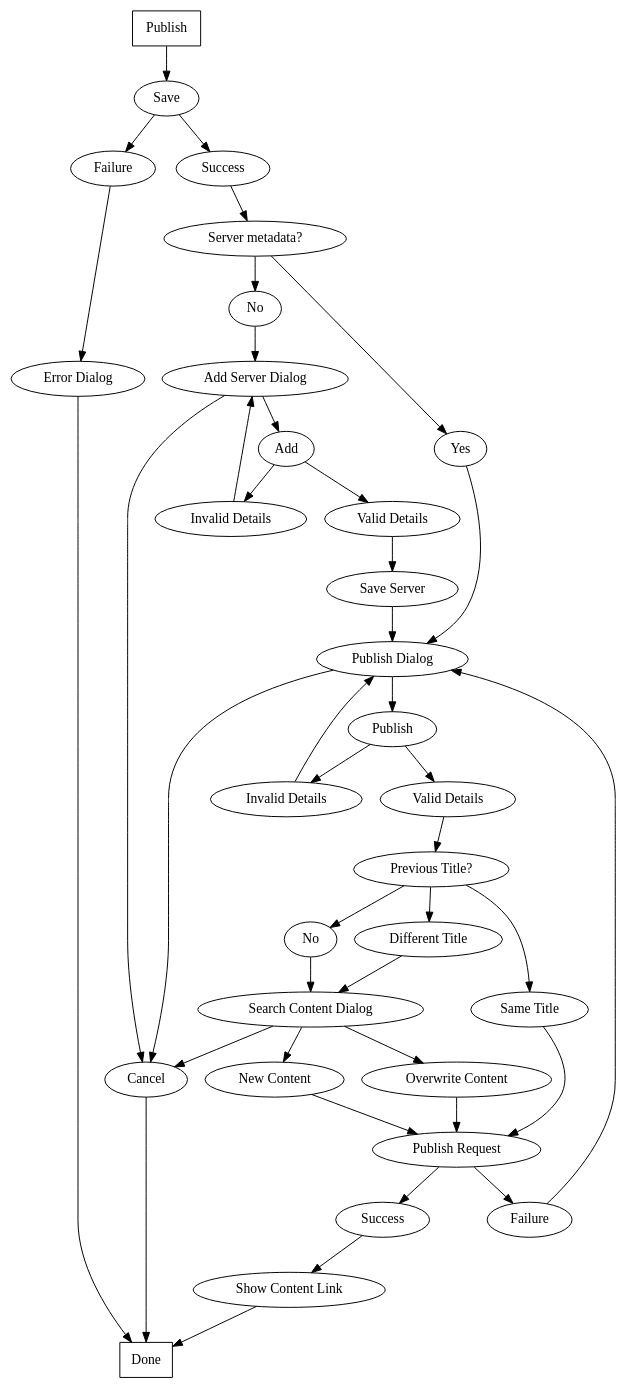
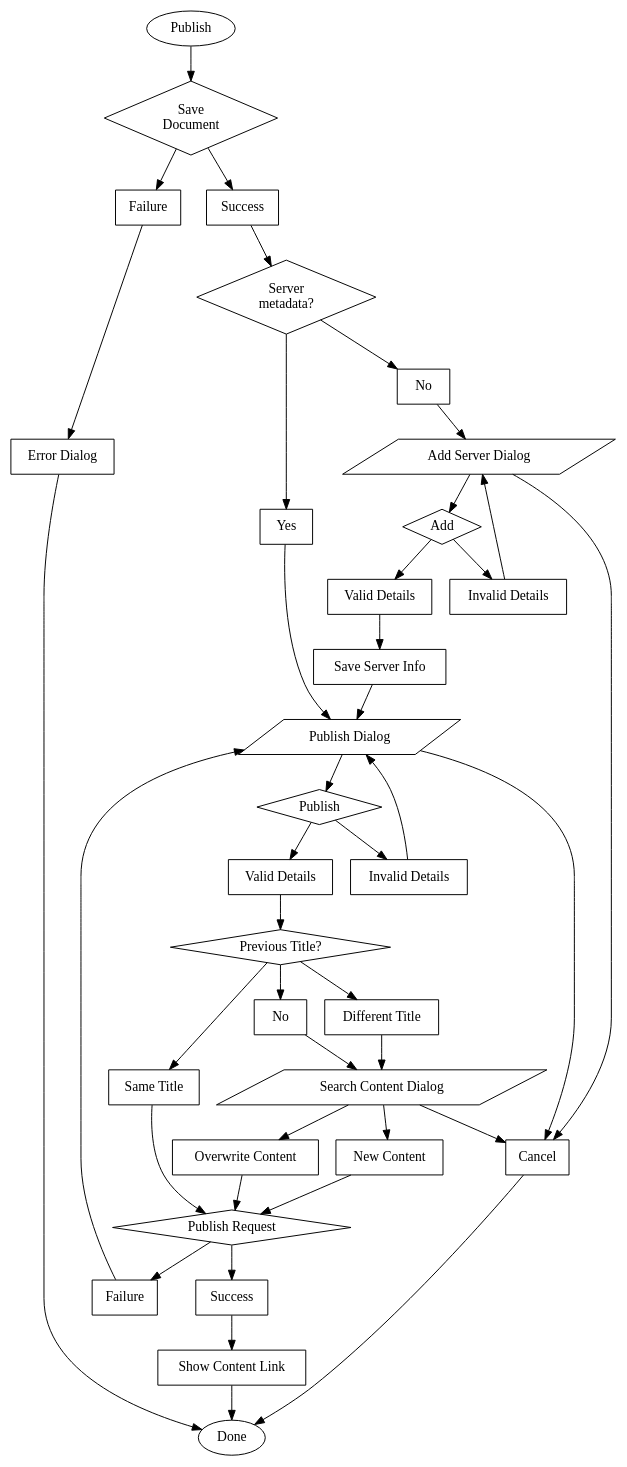
One commit to rstudio/rsconnect-jupyter changed the diagram in docs/state.dot. Above: the diagram before and after it, drawn with Graphviz. The commit also changed 1 other file, not shown here.

```diff
--- a/docs/state.dot
+++ b/docs/state.dot
@@ -1,40 +1,50 @@
 // to generate an image: dot -Tsvg -O state.dot
 // requires grapvhiz
 digraph RSConnectJupyter {
-    Publish -> Save
+    node[shape=box]
+    Publish [shape=oval]
+    Done [shape=oval]
+    "Save\nDocument"[shape=diamond]
+    "Server\nmetadata?"[shape=diamond]
+    "Add Server Dialog"[shape=parallelogram]
+    Add[shape=diamond]
+    "Publish Dialog"[shape=parallelogram]
+    Publish1[shape=diamond]
+    "Previous Title?"[shape=diamond]
+    "Search Content Dialog"[shape=parallelogram]
+    "Publish Request"[shape=diamond]
 
-    Save -> Failure -> "Error Dialog" -> Done
-    Save -> Success
+    Publish -> "Save\nDocument"
 
-    Success -> "Server metadata?" -> {No, Yes}
+    "Save\nDocument" -> Failure -> "Error Dialog" -> Done
+    "Save\nDocument" -> Success
+
+    Success -> "Server\nmetadata?" -> {No, Yes}
     No -> "Add Server Dialog" -> {Cancel, Add}
     Yes -> "Publish Dialog"
     Cancel -> Done
     Add -> {"Invalid Details", "Valid Details"}
     "Invalid Details" -> "Add Server Dialog"
-    "Valid Details" -> "Save Server" -> "Publish Dialog"
+    "Valid Details" -> "Save Server Info" -> "Publish Dialog"
 
     Publish1 [label="Publish"]
     Invalid1 [label="Invalid Details"]
     Valid1 [label="Valid Details"]
     No2 [label="No"]
     "Publish Dialog" -> Cancel
     "Publish Dialog" -> Publish1 -> {Invalid1, Valid1}
     Invalid1 -> "Publish Dialog"
     Valid1 -> "Previous Title?" -> {No2, "Different Title", "Same Title"}
     No2 -> "Search Content Dialog"
     "Same Title" -> "Publish Request"
     "Different Title" -> "Search Content Dialog"
 
     Failure1 [label="Failure"]
     Success1 [label="Success"]
     "Publish Request" -> {Failure1, Success1}
     Failure1 -> "Publish Dialog"
     Success1 -> "Show Content Link" -> Done
 
     "Search Content Dialog" -> {Cancel, "New Content", "Overwrite Content"}
     {"New Content", "Overwrite Content"} -> "Publish Request"
-
-    Publish [shape=box]
-    Done [shape=box]
 }
```
